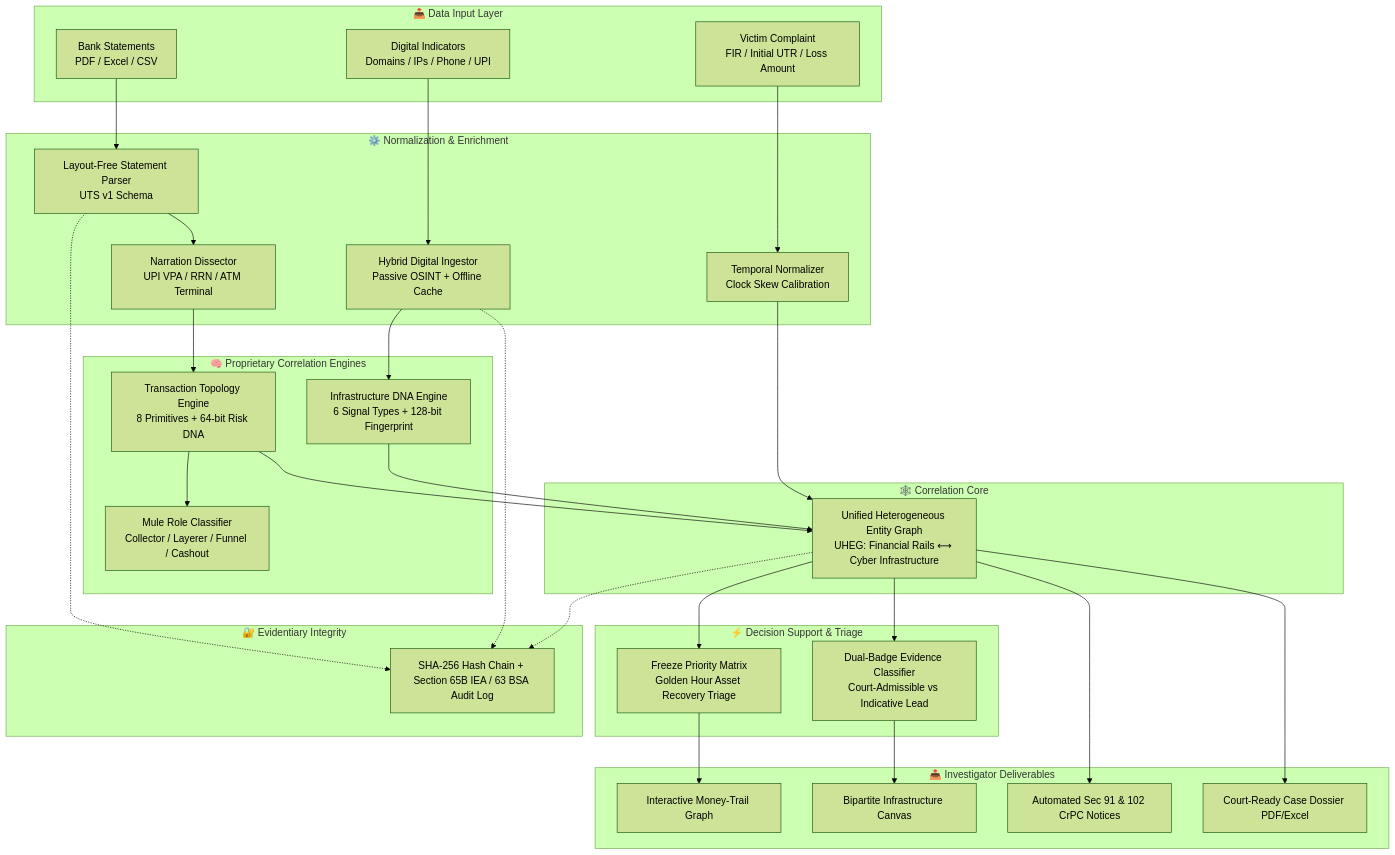
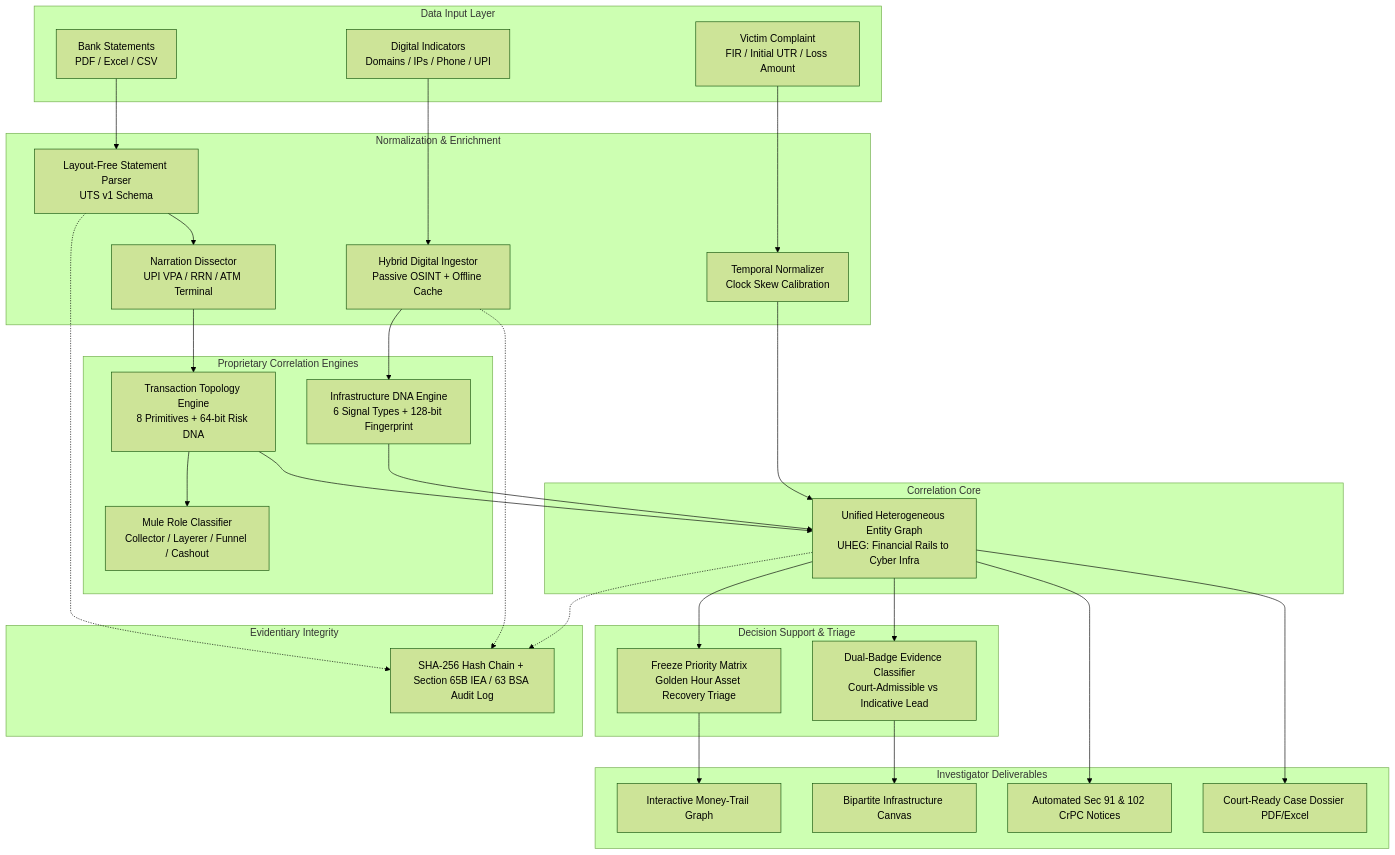
The first of 2 diagrams in README.md (NIVION-HUB/NAUTILUS), drawn with Mermaid (forest theme) before and after one commit. The commit also changed other lines of this file, not shown here.

````diff
--- a/README.md
+++ b/README.md
@@ -53,60 +53,61 @@
 ```mermaid
 flowchart TB
-    subgraph Input["📥 Data Input Layer"]
-        A1[Bank Statements<br/>PDF / Excel / CSV]
-        A2[Digital Indicators<br/>Domains / IPs / Phone / UPI]
-        A3[Victim Complaint<br/>FIR / Initial UTR / Loss Amount]
+    subgraph Input["Data Input Layer"]
+        A1["Bank Statements<br/>PDF / Excel / CSV"]
+        A2["Digital Indicators<br/>Domains / IPs / Phone / UPI"]
+        A3["Victim Complaint<br/>FIR / Initial UTR / Loss Amount"]
     end
 
-    subgraph Normalization["⚙️ Normalization & Enrichment"]
-        B1[Layout-Free Statement Parser<br/>UTS v1 Schema]
-        B2[Narration Dissector<br/>UPI VPA / RRN / ATM Terminal]
-        B3[Hybrid Digital Ingestor<br/>Passive OSINT + Offline Cache]
-        B4[Temporal Normalizer<br/>Clock Skew Calibration]
+    subgraph Normalization["Normalization & Enrichment"]
+        B1["Layout-Free Statement Parser<br/>UTS v1 Schema"]
+        B2["Narration Dissector<br/>UPI VPA / RRN / ATM Terminal"]
+        B3["Hybrid Digital Ingestor<br/>Passive OSINT + Offline Cache"]
+        B4["Temporal Normalizer<br/>Clock Skew Calibration"]
     end
 
-    subgraph Engines["🧠 Proprietary Correlation Engines"]
-        C1[Transaction Topology Engine<br/>8 Primitives + 64-bit Risk DNA]
-        C2[Infrastructure DNA Engine<br/>6 Signal Types + 128-bit Fingerprint]
-        C3[Mule Role Classifier<br/>Collector / Layerer / Funnel / Cashout]
+    subgraph Engines["Proprietary Correlation Engines"]
+        C1["Transaction Topology Engine<br/>8 Primitives + 64-bit Risk DNA"]
+        C2["Infrastructure DNA Engine<br/>6 Signal Types + 128-bit Fingerprint"]
+        C3["Mule Role Classifier<br/>Collector / Layerer / Funnel / Cashout"]
     end
 
-    subgraph Graph["🕸️ Correlation Core"]
-        D1[Unified Heterogeneous Entity Graph<br/>UHEG: Financial Rails ⟷ Cyber Infrastructure]
+    subgraph Graph["Correlation Core"]
+        D1["Unified Heterogeneous Entity Graph<br/>UHEG: Financial Rails to Cyber Infra"]
     end
 
-    subgraph Decision["⚡ Decision Support & Triage"]
-        E1[Freeze Priority Matrix<br/>Golden Hour Asset Recovery Triage]
-        E2[Dual-Badge Evidence Classifier<br/>Court-Admissible vs Indicative Lead]
+    subgraph Decision["Decision Support & Triage"]
+        E1["Freeze Priority Matrix<br/>Golden Hour Asset Recovery Triage"]
+        E2["Dual-Badge Evidence Classifier<br/>Court-Admissible vs Indicative Lead"]
     end
 
-    subgraph Output["📤 Investigator Deliverables"]
-        F1[Interactive Money-Trail Graph]
-        F2[Bipartite Infrastructure Canvas]
-        F3[Automated Sec 91 & 102 CrPC Notices]
-        F4[Court-Ready Case Dossier PDF/Excel]
+    subgraph Output["Investigator Deliverables"]
+        F1["Interactive Money-Trail Graph"]
+        F2["Bipartite Infrastructure Canvas"]
+        F3["Automated Sec 91 & 102 CrPC Notices"]
+        F4["Court-Ready Case Dossier PDF/Excel"]
     end
 
-    subgraph Trust["🔐 Evidentiary Integrity"]
-        G1[SHA-256 Hash Chain + Section 65B IEA / 63 BSA Audit Log]
+    subgraph Trust["Evidentiary Integrity"]
+        G1["SHA-256 Hash Chain + Section 65B IEA / 63 BSA Audit Log"]
     end
 
-    A1 --> B1 --> B2
+    A1 --> B1
+    B1 --> B2
     A2 --> B3
     A3 --> B4
     B2 --> C1
     B3 --> C2
     C1 --> C3
     C1 --> D1
     C2 --> D1
     B4 --> D1
     D1 --> E1
     D1 --> E2
     E1 --> F1
     E2 --> F2
     D1 --> F3
     D1 --> F4
     B1 -.-> G1
     B3 -.-> G1
     D1 -.-> G1
 ```
````
